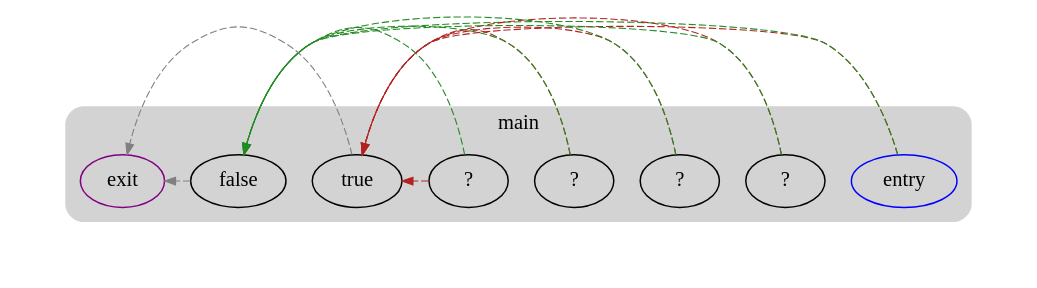
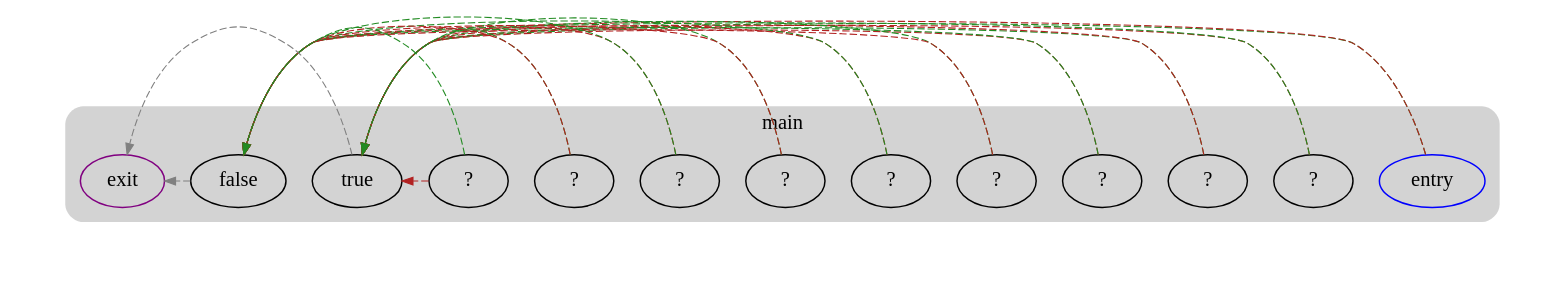
One commit to UnsignedByte/6120 changed the diagram in playground/unlabeled-bbs.domtree.dot. Above: the diagram before and after it, drawn with Graphviz. The commit also changed 122 other files, not shown here.

```diff
--- a/playground/unlabeled-bbs.domtree.dot
+++ b/playground/unlabeled-bbs.domtree.dot
@@ -1,38 +1,53 @@
 digraph G {
   compound=true
   subgraph cluster_ {
     peripheries=0
     margin=10
     subgraph cluster_0_wrapper {
       peripheries=0
       margin=15
       subgraph cluster_0 {
         label="main"
         color=darkgray
         style=rounded
         bgcolor=lightgray
         margin=10
         cluster_0_0[label="entry",shape=oval,color=blue,rank=source]
         cluster_0_1[label="?",shape=oval]
         cluster_0_2[label="?",shape=oval]
         cluster_0_3[label="?",shape=oval]
         cluster_0_4[label="?",shape=oval]
-        cluster_0_5[label="true",shape=oval]
-        cluster_0_6[label="false",shape=oval]
+        cluster_0_5[label="?",shape=oval]
+        cluster_0_6[label="?",shape=oval]
+        cluster_0_7[label="?",shape=oval]
+        cluster_0_8[label="?",shape=oval]
+        cluster_0_9[label="?",shape=oval]
+        cluster_0_10[label="true",shape=oval]
+        cluster_0_11[label="false",shape=oval]
         cluster_0_exit[label=exit,color=purple,rank=sink]
-        cluster_0_0 -> cluster_0_6 [color=forestgreen,style=dashed,constraint=false,penwidth=0.75,arrowsize=0.75]
-        cluster_0_0 -> cluster_0_5 [color=firebrick,style=dashed,constraint=false,penwidth=0.75,arrowsize=0.75]
-        cluster_0_1 -> cluster_0_6 [color=forestgreen,style=dashed,constraint=false,penwidth=0.75,arrowsize=0.75]
-        cluster_0_1 -> cluster_0_5 [color=firebrick,style=dashed,constraint=false,penwidth=0.75,arrowsize=0.75]
-        cluster_0_2 -> cluster_0_6 [color=forestgreen,style=dashed,constraint=false,penwidth=0.75,arrowsize=0.75]
-        cluster_0_2 -> cluster_0_5 [color=firebrick,style=dashed,constraint=false,penwidth=0.75,arrowsize=0.75]
-        cluster_0_3 -> cluster_0_6 [color=forestgreen,style=dashed,constraint=false,penwidth=0.75,arrowsize=0.75]
-        cluster_0_3 -> cluster_0_5 [color=firebrick,style=dashed,constraint=false,penwidth=0.75,arrowsize=0.75]
-        cluster_0_4 -> cluster_0_6 [color=forestgreen,style=dashed,constraint=false,penwidth=0.75,arrowsize=0.75]
-        cluster_0_4 -> cluster_0_5 [color=firebrick,style=dashed,constraint=false,penwidth=0.75,arrowsize=0.75]
-        cluster_0_5 -> cluster_0_exit [color=gray,style=dashed,constraint=false,penwidth=0.75,arrowsize=0.75]
-        cluster_0_6 -> cluster_0_exit [color=gray,style=dashed,constraint=false,penwidth=0.75,arrowsize=0.75]
+        cluster_0_0 -> cluster_0_10 [color=forestgreen,style=dashed,constraint=false,penwidth=0.75,arrowsize=0.75]
+        cluster_0_0 -> cluster_0_11 [color=firebrick,style=dashed,constraint=false,penwidth=0.75,arrowsize=0.75]
+        cluster_0_1 -> cluster_0_11 [color=forestgreen,style=dashed,constraint=false,penwidth=0.75,arrowsize=0.75]
+        cluster_0_1 -> cluster_0_10 [color=firebrick,style=dashed,constraint=false,penwidth=0.75,arrowsize=0.75]
+        cluster_0_2 -> cluster_0_10 [color=forestgreen,style=dashed,constraint=false,penwidth=0.75,arrowsize=0.75]
+        cluster_0_2 -> cluster_0_11 [color=firebrick,style=dashed,constraint=false,penwidth=0.75,arrowsize=0.75]
+        cluster_0_3 -> cluster_0_11 [color=forestgreen,style=dashed,constraint=false,penwidth=0.75,arrowsize=0.75]
+        cluster_0_3 -> cluster_0_10 [color=firebrick,style=dashed,constraint=false,penwidth=0.75,arrowsize=0.75]
+        cluster_0_4 -> cluster_0_10 [color=forestgreen,style=dashed,constraint=false,penwidth=0.75,arrowsize=0.75]
+        cluster_0_4 -> cluster_0_11 [color=firebrick,style=dashed,constraint=false,penwidth=0.75,arrowsize=0.75]
+        cluster_0_5 -> cluster_0_11 [color=forestgreen,style=dashed,constraint=false,penwidth=0.75,arrowsize=0.75]
+        cluster_0_5 -> cluster_0_10 [color=firebrick,style=dashed,constraint=false,penwidth=0.75,arrowsize=0.75]
+        cluster_0_6 -> cluster_0_10 [color=forestgreen,style=dashed,constraint=false,penwidth=0.75,arrowsize=0.75]
+        cluster_0_6 -> cluster_0_11 [color=firebrick,style=dashed,constraint=false,penwidth=0.75,arrowsize=0.75]
+        cluster_0_7 -> cluster_0_11 [color=forestgreen,style=dashed,constraint=false,penwidth=0.75,arrowsize=0.75]
+        cluster_0_7 -> cluster_0_10 [color=firebrick,style=dashed,constraint=false,penwidth=0.75,arrowsize=0.75]
+        cluster_0_8 -> cluster_0_10 [color=forestgreen,style=dashed,constraint=false,penwidth=0.75,arrowsize=0.75]
+        cluster_0_8 -> cluster_0_11 [color=firebrick,style=dashed,constraint=false,penwidth=0.75,arrowsize=0.75]
+        cluster_0_9 -> cluster_0_11 [color=forestgreen,style=dashed,constraint=false,penwidth=0.75,arrowsize=0.75]
+        cluster_0_9 -> cluster_0_10 [color=firebrick,style=dashed,constraint=false,penwidth=0.75,arrowsize=0.75]
+        cluster_0_10 -> cluster_0_exit [color=gray,style=dashed,constraint=false,penwidth=0.75,arrowsize=0.75]
+        cluster_0_11 -> cluster_0_exit [color=gray,style=dashed,constraint=false,penwidth=0.75,arrowsize=0.75]
       }
     }
   }
 }
```
